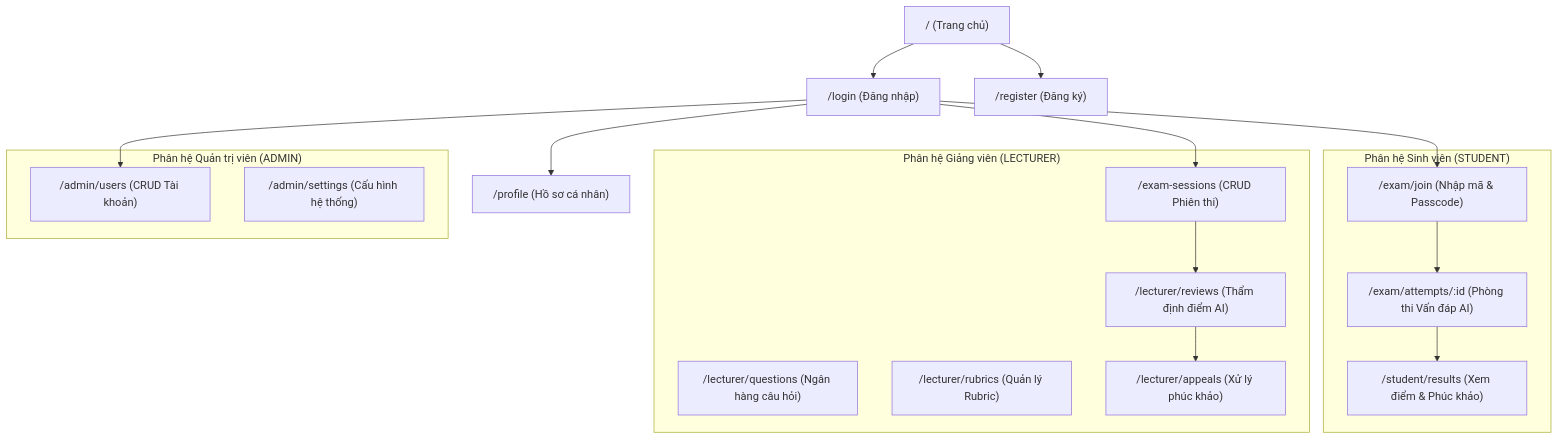
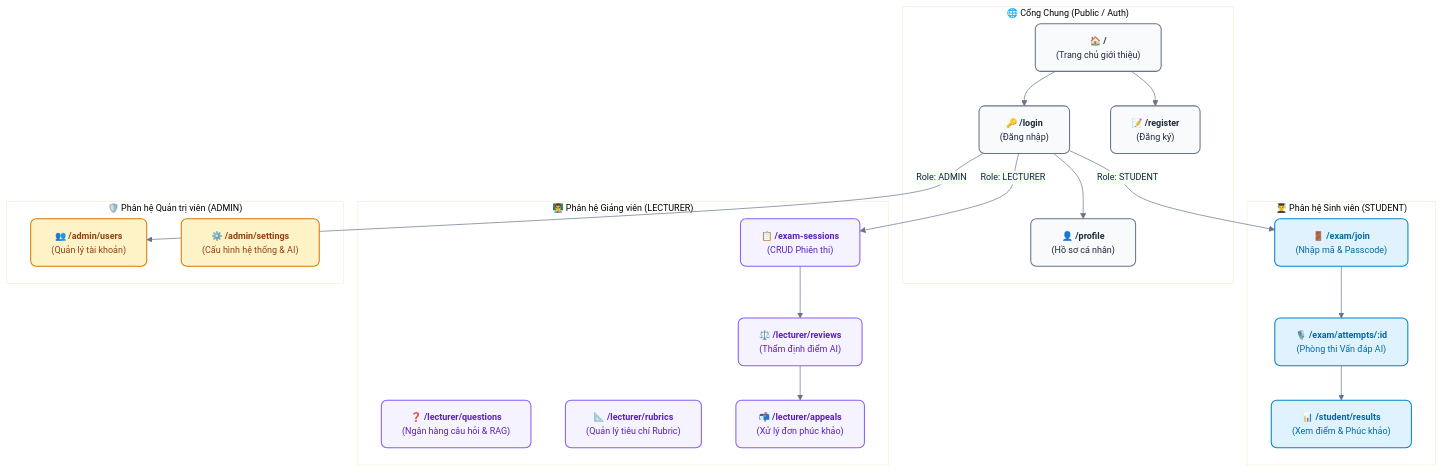
Before and after one commit to SWD392-Group-4/AI-powered-Viva-Exam-System: the diagram in document/04-ui-ux-design/README.md, drawn with Mermaid. The commit also changed 9 other files, not shown here.

Commit message:
docs: add system design, architecture, ERDs, and class diagrams

````diff
--- a/document/04-ui-ux-design/README.md
+++ b/document/04-ui-ux-design/README.md
@@ -28,38 +28,57 @@
 ```mermaid
-graph TD
-    Home["/ (Trang chủ)"]
-    Login["/login (Đăng nhập)"]
-    Register["/register (Đăng ký)"]
-    Profile["/profile (Hồ sơ cá nhân)"]
+%%{init: {
+  'theme': 'base',
+  'themeVariables': {
+    'primaryColor': '#EEF2FF',
+    'primaryTextColor': '#1E1B4B',
+    'primaryBorderColor': '#6366F1',
+    'lineColor': '#64748B',
+    'fontFamily': 'Inter, system-ui, -apple-system, sans-serif',
+    'fontSize': '13px'
+  }
+}}%%
+flowchart TD
+    %% Role-based styling classes
+    classDef public fill:#F8FAFC,stroke:#64748B,stroke-width:1.5px,color:#1E293B,rx:8,ry:8;
+    classDef student fill:#E0F2FE,stroke:#0284C7,stroke-width:1.5px,color:#0369A1,rx:8,ry:8;
+    classDef lecturer fill:#F5F3FF,stroke:#8B5CF6,stroke-width:1.5px,color:#5B21B6,rx:8,ry:8;
+    classDef admin fill:#FEF3C7,stroke:#D97706,stroke-width:1.5px,color:#92400E,rx:8,ry:8;
+
+    subgraph PublicPortal [" 🌐 Cổng Chung (Public / Auth) "]
+        Home["🏠 <b>/</b><br/>(Trang chủ giới thiệu)"]:::public
+        Login["🔑 <b>/login</b><br/>(Đăng nhập)"]:::public
+        Register["📝 <b>/register</b><br/>(Đăng ký)"]:::public
+        Profile["👤 <b>/profile</b><br/>(Hồ sơ cá nhân)"]:::public
+    end
     
-    subgraph SinhVien ["Phân hệ Sinh viên (STUDENT)"]
-        JoinExam["/exam/join (Nhập mã & Passcode)"]
-        ExamRoom["/exam/attempts/:id (Phòng thi Vấn đáp AI)"]
-        StudentResults["/student/results (Xem điểm & Phúc khảo)"]
+    subgraph SinhVien [" 👨‍🎓 Phân hệ Sinh viên (STUDENT) "]
+        JoinExam["🚪 <b>/exam/join</b><br/>(Nhập mã & Passcode)"]:::student
+        ExamRoom["🎙️ <b>/exam/attempts/:id</b><br/>(Phòng thi Vấn đáp AI)"]:::student
+        StudentResults["📊 <b>/student/results</b><br/>(Xem điểm & Phúc khảo)"]:::student
     end
 
-    subgraph GiangVien ["Phân hệ Giảng viên (LECTURER)"]
-        ExamSessions["/exam-sessions (CRUD Phiên thi)"]
-        QuestionBank["/lecturer/questions (Ngân hàng câu hỏi)"]
-        Rubrics["/lecturer/rubrics (Quản lý Rubric)"]
-        Reviews["/lecturer/reviews (Thẩm định điểm AI)"]
-        Appeals["/lecturer/appeals (Xử lý phúc khảo)"]
+    subgraph GiangVien [" 👨‍🏫 Phân hệ Giảng viên (LECTURER) "]
+        ExamSessions["📋 <b>/exam-sessions</b><br/>(CRUD Phiên thi)"]:::lecturer
+        QuestionBank["❓ <b>/lecturer/questions</b><br/>(Ngân hàng câu hỏi & RAG)"]:::lecturer
+        Rubrics["📐 <b>/lecturer/rubrics</b><br/>(Quản lý tiêu chí Rubric)"]:::lecturer
+        Reviews["⚖️ <b>/lecturer/reviews</b><br/>(Thẩm định điểm AI)"]:::lecturer
+        Appeals["📬 <b>/lecturer/appeals</b><br/>(Xử lý đơn phúc khảo)"]:::lecturer
     end
 
-    subgraph QuanTri ["Phân hệ Quản trị viên (ADMIN)"]
-        AdminUsers["/admin/users (CRUD Tài khoản)"]
-        AdminSettings["/admin/settings (Cấu hình hệ thống)"]
+    subgraph QuanTri [" 🛡️ Phân hệ Quản trị viên (ADMIN) "]
+        AdminUsers["👥 <b>/admin/users</b><br/>(Quản lý tài khoản)"]:::admin
+        AdminSettings["⚙️ <b>/admin/settings</b><br/>(Cấu hình hệ thống & AI)"]:::admin
     end
 
     Home --> Login
     Home --> Register
     Login --> Profile
-    Login --> JoinExam
-    Login --> ExamSessions
-    Login --> AdminUsers
+    Login -->|"Role: STUDENT"| JoinExam
+    Login -->|"Role: LECTURER"| ExamSessions
+    Login -->|"Role: ADMIN"| AdminUsers
 
     JoinExam --> ExamRoom
     ExamRoom --> StudentResults
     ExamSessions --> Reviews
     Reviews --> Appeals
 ```
````
